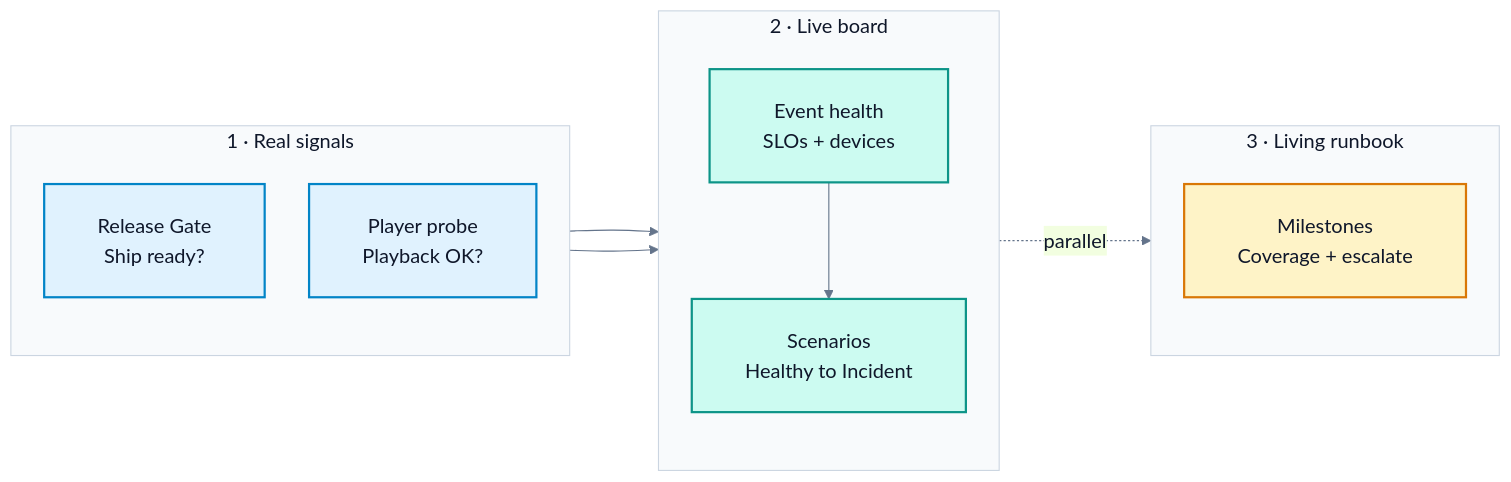
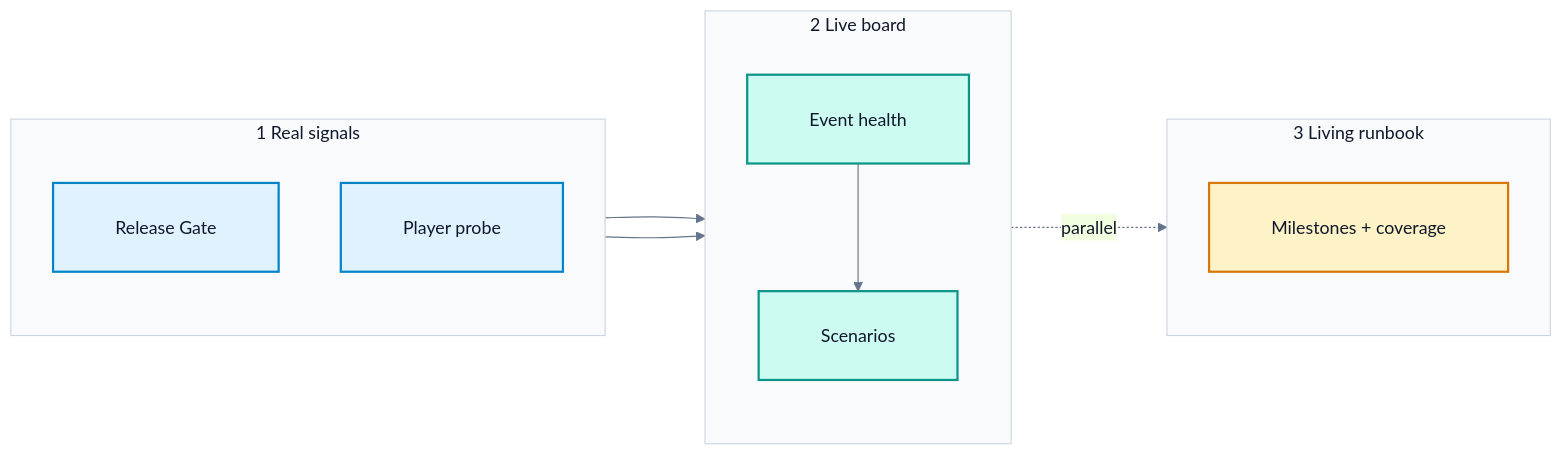
The diagram in README.md (ramonacraft/live-event-war-room), drawn with Mermaid before and after one commit. The commit also changed other lines of this file, not shown here.

Commit message:
Stop Mermaid clipping in the Real signals boxes.
Use shorter single-line labels and drop the tight wrap width GitHub was cutting off.

````diff
--- a/README.md
+++ b/README.md
@@ -9,56 +9,54 @@
 ```mermaid
 %%{init: {
   "theme": "base",
   "flowchart": {
     "curve": "basis",
-    "padding": 24,
-    "nodeSpacing": 40,
-    "rankSpacing": 80,
-    "htmlLabels": true,
-    "wrappingWidth": 180
+    "padding": 28,
+    "nodeSpacing": 56,
+    "rankSpacing": 90
   },
   "themeVariables": {
-    "fontSize": "18px",
+    "fontSize": "16px",
     "fontFamily": "ui-sans-serif, system-ui, sans-serif",
     "primaryColor": "#E0F2FE",
     "primaryTextColor": "#0F172A",
     "primaryBorderColor": "#0284C7",
     "lineColor": "#64748B",
     "textColor": "#0F172A",
     "mainBkg": "#F8FAFC",
     "clusterBkg": "#F8FAFC",
     "clusterBorder": "#CBD5E1",
     "titleColor": "#0F172A"
   }
 }}%%
 flowchart LR
-  subgraph REAL["1 · Real signals"]
+  subgraph REAL["1  Real signals"]
     direction TB
-    Gate["Release Gate<br/>Ship ready?"]
-    Probe["Player probe<br/>Playback OK?"]
+    Gate["Release Gate"]
+    Probe["Player probe"]
   end
 
-  subgraph BOARD["2 · Live board"]
+  subgraph BOARD["2  Live board"]
     direction TB
-    View["Event health<br/>SLOs + devices"]
-    Scene["Scenarios<br/>Healthy to Incident"]
+    View["Event health"]
+    Scene["Scenarios"]
   end
 
-  subgraph BOOK["3 · Living runbook"]
+  subgraph BOOK["3  Living runbook"]
     direction TB
-    Plan["Milestones<br/>Coverage + escalate"]
+    Plan["Milestones + coverage"]
   end
 
   Gate --> View
   Probe --> View
   View --> Scene
   BOARD -. parallel .-> BOOK
 
   classDef signal fill:#E0F2FE,stroke:#0284C7,stroke-width:2px,color:#0F172A
   classDef board fill:#CCFBF1,stroke:#0D9488,stroke-width:2px,color:#0F172A
   classDef runbook fill:#FEF3C7,stroke:#D97706,stroke-width:2px,color:#0F172A
 
   class Gate,Probe signal
   class View,Scene board
   class Plan runbook
 ```
````
